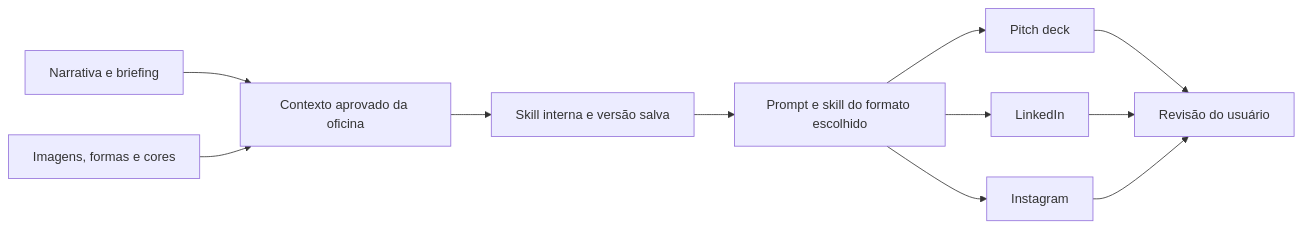
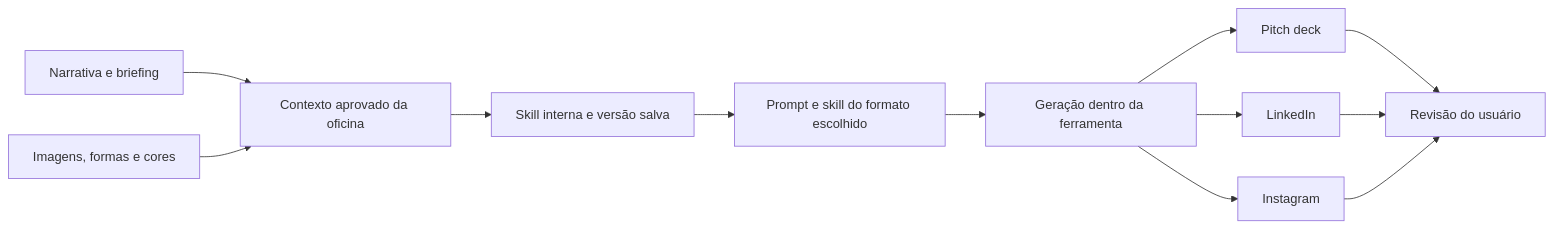
Before and after one commit to MathBorgess/projeto-ferramenta-criacomp: the diagram in docs/escopo-oficina-narrativa.md, drawn with Mermaid. The commit also changed other lines of this file and 3 other files, not shown here.

````diff
--- a/docs/escopo-oficina-narrativa.md
+++ b/docs/escopo-oficina-narrativa.md
@@ -53,13 +56,14 @@
 ```mermaid
 flowchart LR
   N[Narrativa e briefing] --> C[Contexto aprovado da oficina]
   V[Imagens, formas e cores] --> C
   C --> S[Skill interna e versão salva]
   S --> P[Prompt e skill do formato escolhido]
-  P --> D[Pitch deck]
-  P --> L[LinkedIn]
-  P --> I[Instagram]
+  P --> G[Geração dentro da ferramenta]
+  G --> D[Pitch deck]
+  G --> L[LinkedIn]
+  G --> I[Instagram]
   D --> R[Revisão do usuário]
   L --> R
   I --> R
 ```
````
